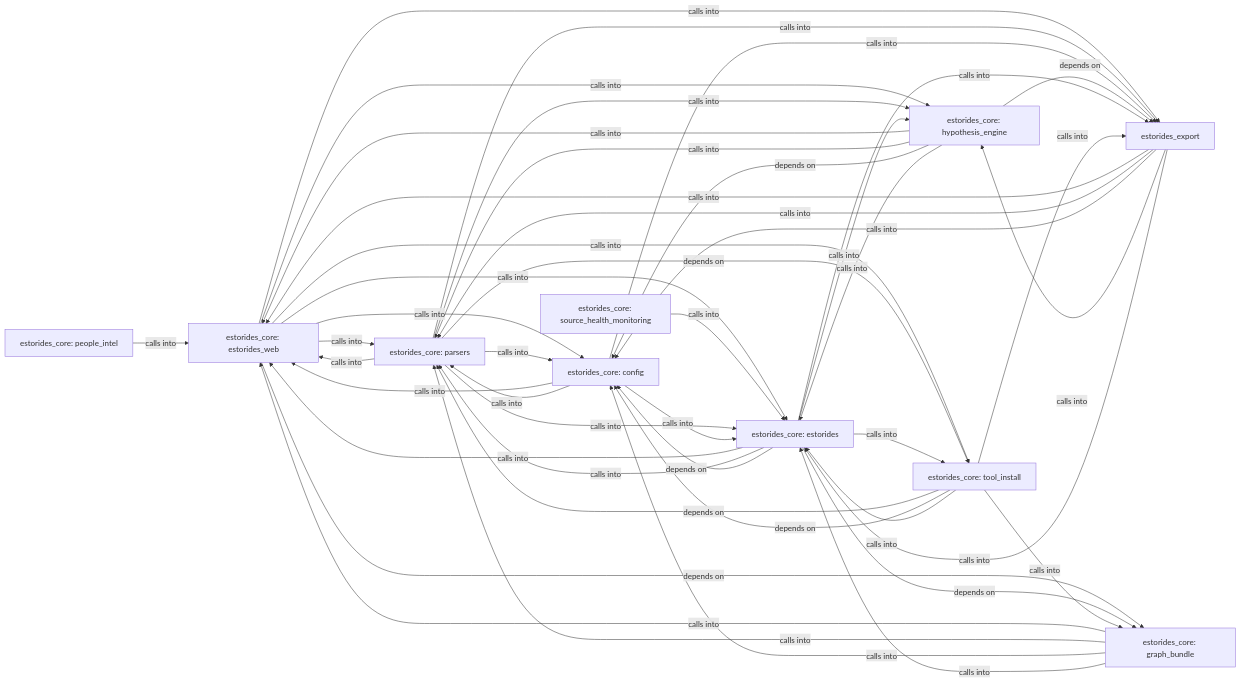
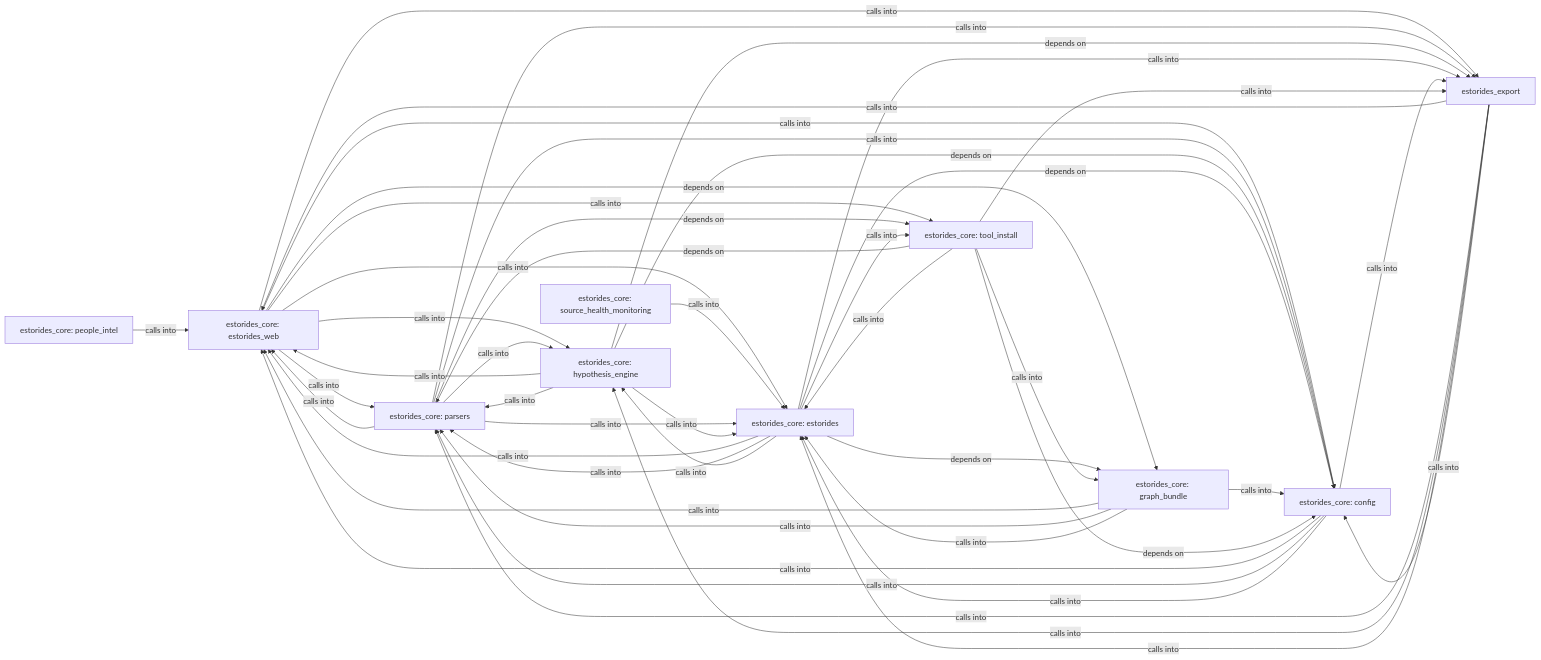
One commit to grisuno/estorides changed the diagram in readmenator-diagrams/overview.md. Above: the diagram before and after it, drawn with Mermaid. The commit also changed other lines of this file and 39 other files, not shown here.

````diff
--- a/readmenator-diagrams/overview.md
+++ b/readmenator-diagrams/overview.md
@@ -1,67 +1,67 @@
 ```mermaid
 graph LR
     estorides_core_estorides_web["estorides_core: estorides_web"]
     estorides_core_parsers["estorides_core: parsers"]
-    estorides_core_config["estorides_core: config"]
     estorides_core_hypothesis_engine["estorides_core: hypothesis_engine"]
     estorides_core_estorides["estorides_core: estorides"]
+    estorides_core_config["estorides_core: config"]
     estorides_core_graph_bundle["estorides_core: graph_bundle"]
     estorides_core_people_intel["estorides_core: people_intel"]
     estorides_export["estorides_export"]
     estorides_core_tool_install["estorides_core: tool_install"]
     estorides_core_source_health_monitoring["estorides_core: source_health_monitoring"]
     estorides_core_estorides_web -- "calls into" --> estorides_core_parsers
-    estorides_core_estorides_web -- "calls into" --> estorides_core_config
     estorides_core_estorides_web -- "calls into" --> estorides_core_hypothesis_engine
     estorides_core_estorides_web -- "calls into" --> estorides_core_estorides
+    estorides_core_estorides_web -- "calls into" --> estorides_core_config
     estorides_core_estorides_web -- "depends on" --> estorides_core_graph_bundle
     estorides_core_estorides_web -- "calls into" --> estorides_export
     estorides_core_estorides_web -- "calls into" --> estorides_core_tool_install
     estorides_core_source_health_monitoring -- "calls into" --> estorides_core_estorides
     estorides_core_parsers -- "calls into" --> estorides_core_estorides_web
-    estorides_core_parsers -- "calls into" --> estorides_core_config
     estorides_core_parsers -- "calls into" --> estorides_core_hypothesis_engine
     estorides_core_parsers -- "calls into" --> estorides_core_estorides
+    estorides_core_parsers -- "calls into" --> estorides_core_config
     estorides_core_parsers -- "calls into" --> estorides_export
     estorides_core_parsers -- "depends on" --> estorides_core_tool_install
+    estorides_core_hypothesis_engine -- "calls into" --> estorides_core_estorides_web
+    estorides_core_hypothesis_engine -- "calls into" --> estorides_core_parsers
+    estorides_core_hypothesis_engine -- "calls into" --> estorides_core_estorides
+    estorides_core_hypothesis_engine -- "depends on" --> estorides_core_config
+    estorides_core_hypothesis_engine -- "depends on" --> estorides_export
+    estorides_core_estorides -- "calls into" --> estorides_core_estorides_web
+    estorides_core_estorides -- "calls into" --> estorides_core_parsers
+    estorides_core_estorides -- "calls into" --> estorides_core_hypothesis_engine
+    estorides_core_estorides -- "depends on" --> estorides_core_config
+    estorides_core_estorides -- "depends on" --> estorides_core_graph_bundle
+    estorides_core_estorides -- "calls into" --> estorides_export
+    estorides_core_estorides -- "calls into" --> estorides_core_tool_install
     estorides_core_config -- "calls into" --> estorides_core_estorides_web
     estorides_core_config -- "calls into" --> estorides_core_parsers
     estorides_core_config -- "calls into" --> estorides_core_estorides
     estorides_core_config -- "calls into" --> estorides_export
-    estorides_core_hypothesis_engine -- "calls into" --> estorides_core_estorides_web
-    estorides_core_hypothesis_engine -- "calls into" --> estorides_core_parsers
-    estorides_core_hypothesis_engine -- "depends on" --> estorides_core_config
-    estorides_core_hypothesis_engine -- "calls into" --> estorides_core_estorides
-    estorides_core_hypothesis_engine -- "depends on" --> estorides_export
-    estorides_core_estorides -- "calls into" --> estorides_core_estorides_web
-    estorides_core_estorides -- "calls into" --> estorides_core_parsers
-    estorides_core_estorides -- "depends on" --> estorides_core_config
-    estorides_core_estorides -- "calls into" --> estorides_core_hypothesis_engine
-    estorides_core_estorides -- "depends on" --> estorides_core_graph_bundle
-    estorides_core_estorides -- "calls into" --> estorides_export
-    estorides_core_estorides -- "calls into" --> estorides_core_tool_install
     estorides_core_graph_bundle -- "calls into" --> estorides_core_estorides_web
     estorides_core_graph_bundle -- "calls into" --> estorides_core_parsers
+    estorides_core_graph_bundle -- "calls into" --> estorides_core_estorides
     estorides_core_graph_bundle -- "calls into" --> estorides_core_config
-    estorides_core_graph_bundle -- "calls into" --> estorides_core_estorides
     estorides_core_people_intel -- "calls into" --> estorides_core_estorides_web
     estorides_export -- "calls into" --> estorides_core_estorides_web
     estorides_export -- "calls into" --> estorides_core_parsers
-    estorides_export -- "calls into" --> estorides_core_config
     estorides_export -- "calls into" --> estorides_core_hypothesis_engine
     estorides_export -- "calls into" --> estorides_core_estorides
+    estorides_export -- "calls into" --> estorides_core_config
     estorides_core_tool_install -- "depends on" --> estorides_core_parsers
+    estorides_core_tool_install -- "calls into" --> estorides_core_estorides
     estorides_core_tool_install -- "depends on" --> estorides_core_config
-    estorides_core_tool_install -- "calls into" --> estorides_core_estorides
     estorides_core_tool_install -- "calls into" --> estorides_core_graph_bundle
     estorides_core_tool_install -- "calls into" --> estorides_export
     click estorides_core_estorides_web href "./estorides_core_estorides_web.md" "Details"
     click estorides_core_parsers href "./estorides_core_parsers.md" "Details"
-    click estorides_core_config href "./estorides_core_config.md" "Details"
     click estorides_core_hypothesis_engine href "./estorides_core_hypothesis_engine.md" "Details"
     click estorides_core_estorides href "./estorides_core_estorides.md" "Details"
+    click estorides_core_config href "./estorides_core_config.md" "Details"
     click estorides_core_graph_bundle href "./estorides_core_graph_bundle.md" "Details"
     click estorides_core_people_intel href "./estorides_core_people_intel.md" "Details"
     click estorides_export href "./estorides_export.md" "Details"
     click estorides_core_tool_install href "./estorides_core_tool_install.md" "Details"
 ```
````
